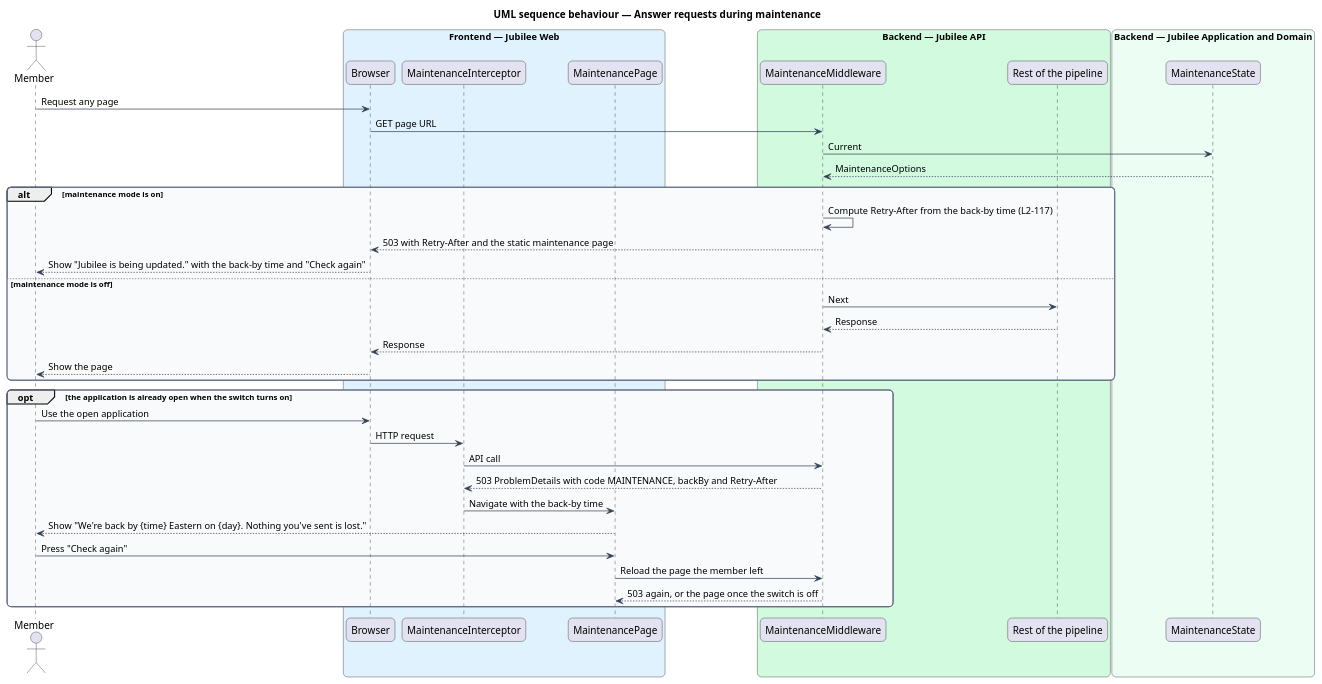
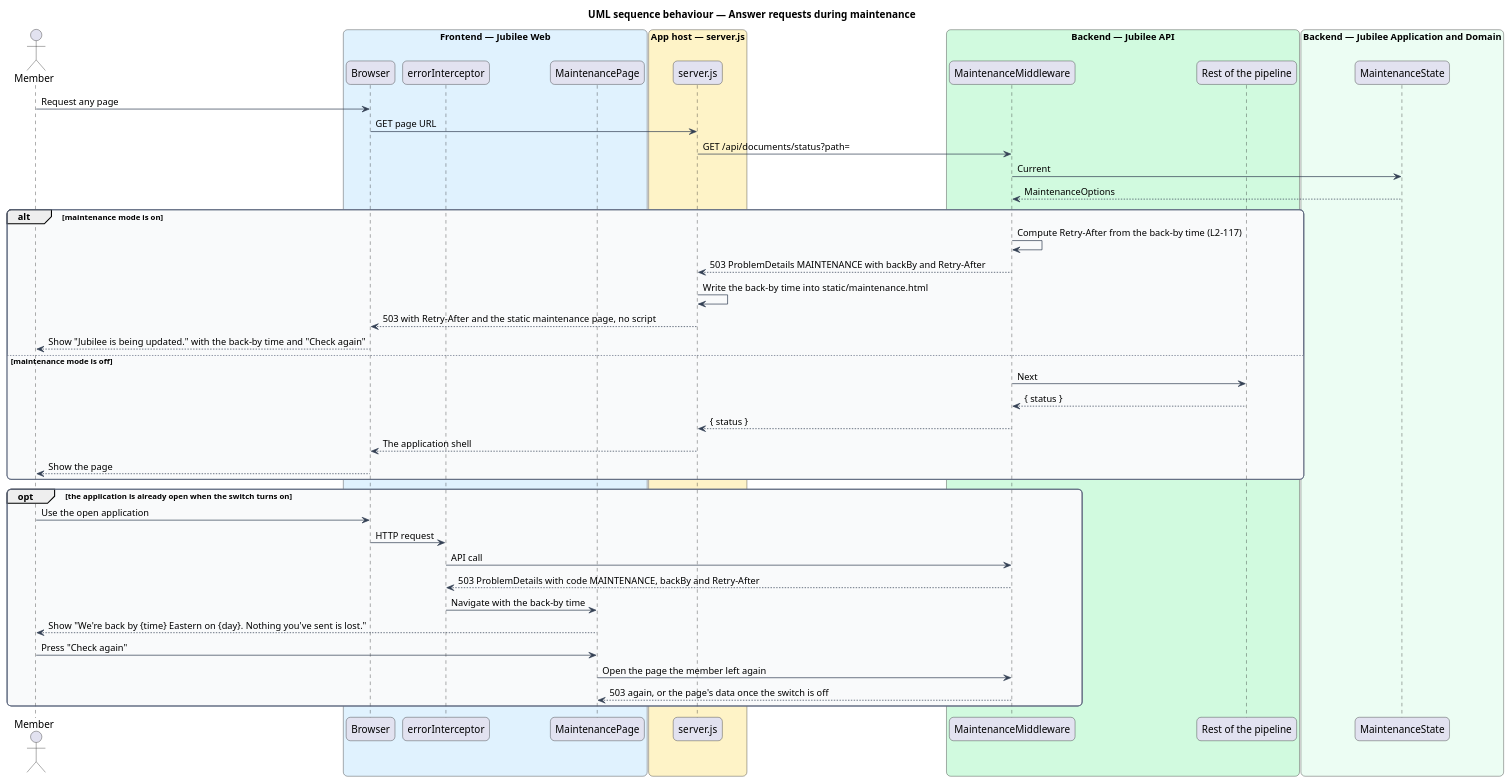
Before and after one commit to QuinntyneBrown/jubilee: the diagram in docs/detailed-designs/system-pages/run-maintenance-mode/diagrams/sequence-serve-maintenance-response.puml, drawn with PlantUML. The commit also changed 23 other files, not shown here.

First line of the commit message:
Requirements, designs and ADR 0056 for finishing journey 23: kept slugs and their 301, page-load statuses from the app's host, static error and maintenance pages, and the team's e-mail of an access request

```diff
--- a/docs/detailed-designs/system-pages/run-maintenance-mode/diagrams/sequence-serve-maintenance-response.puml
+++ b/docs/detailed-designs/system-pages/run-maintenance-mode/diagrams/sequence-serve-maintenance-response.puml
@@ -1,55 +1,62 @@
 @startuml
 title UML sequence behaviour — Answer requests during maintenance
 skinparam backgroundColor #FFFFFF
 skinparam shadowing false
 skinparam roundcorner 12
 skinparam defaultFontName Arial
 skinparam ArrowColor #344054
 skinparam rectangle {
   BorderColor #344054
   FontColor #101828
 }
 skinparam package {
   BorderColor #667085
   FontColor #101828
   BackgroundColor #F9FAFB
 }
 actor "Member" as actor
 box "Frontend — Jubilee Web" #E0F2FE
   participant "Browser" as browser
-  participant "MaintenanceInterceptor" as interceptor
+  participant "errorInterceptor" as interceptor
   participant "MaintenancePage" as page
+end box
+box "App host — server.js" #FEF3C7
+  participant "server.js" as host
 end box
 box "Backend — Jubilee API" #D1FADF
   participant "MaintenanceMiddleware" as mw
   participant "Rest of the pipeline" as next
 end box
 box "Backend — Jubilee Application and Domain" #ECFDF3
   participant "MaintenanceState" as state
 end box
 actor -> browser : Request any page
-browser -> mw : GET page URL
+browser -> host : GET page URL
+host -> mw : GET /api/documents/status?path=
 mw -> state : Current
 state --> mw : MaintenanceOptions
 alt maintenance mode is on
   mw -> mw : Compute Retry-After from the back-by time (L2-117)
-  mw --> browser : 503 with Retry-After and the static maintenance page
+  mw --> host : 503 ProblemDetails MAINTENANCE with backBy and Retry-After
+  host -> host : Write the back-by time into static/maintenance.html
+  host --> browser : 503 with Retry-After and the static maintenance page, no script
   browser --> actor : Show "Jubilee is being updated." with the back-by time and "Check again"
 else maintenance mode is off
   mw -> next : Next
-  next --> mw : Response
-  mw --> browser : Response
+  next --> mw : { status }
+  mw --> host : { status }
+  host --> browser : The application shell
   browser --> actor : Show the page
 end
 opt the application is already open when the switch turns on
   actor -> browser : Use the open application
   browser -> interceptor : HTTP request
   interceptor -> mw : API call
   mw --> interceptor : 503 ProblemDetails with code MAINTENANCE, backBy and Retry-After
   interceptor -> page : Navigate with the back-by time
   page --> actor : Show "We're back by {time} Eastern on {day}. Nothing you've sent is lost."
   actor -> page : Press "Check again"
-  page -> mw : Reload the page the member left
-  mw --> page : 503 again, or the page once the switch is off
+  page -> mw : Open the page the member left again
+  mw --> page : 503 again, or the page's data once the switch is off
 end
 @enduml
```
